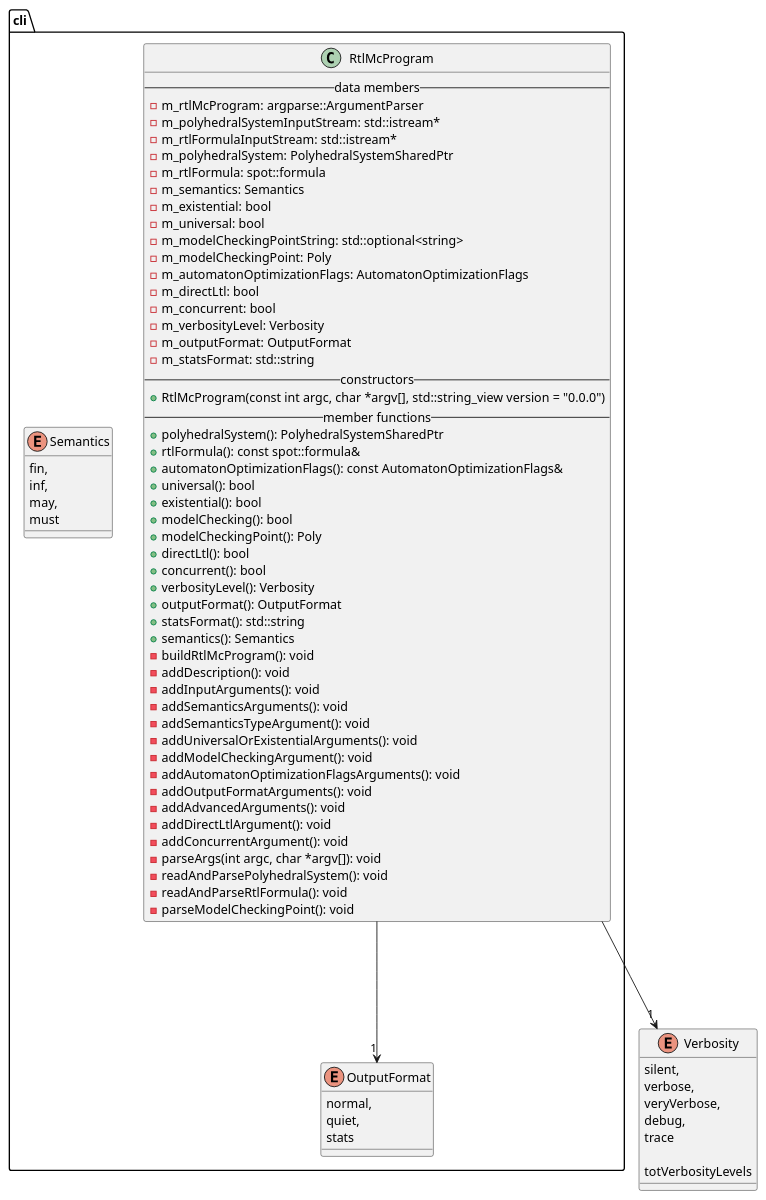
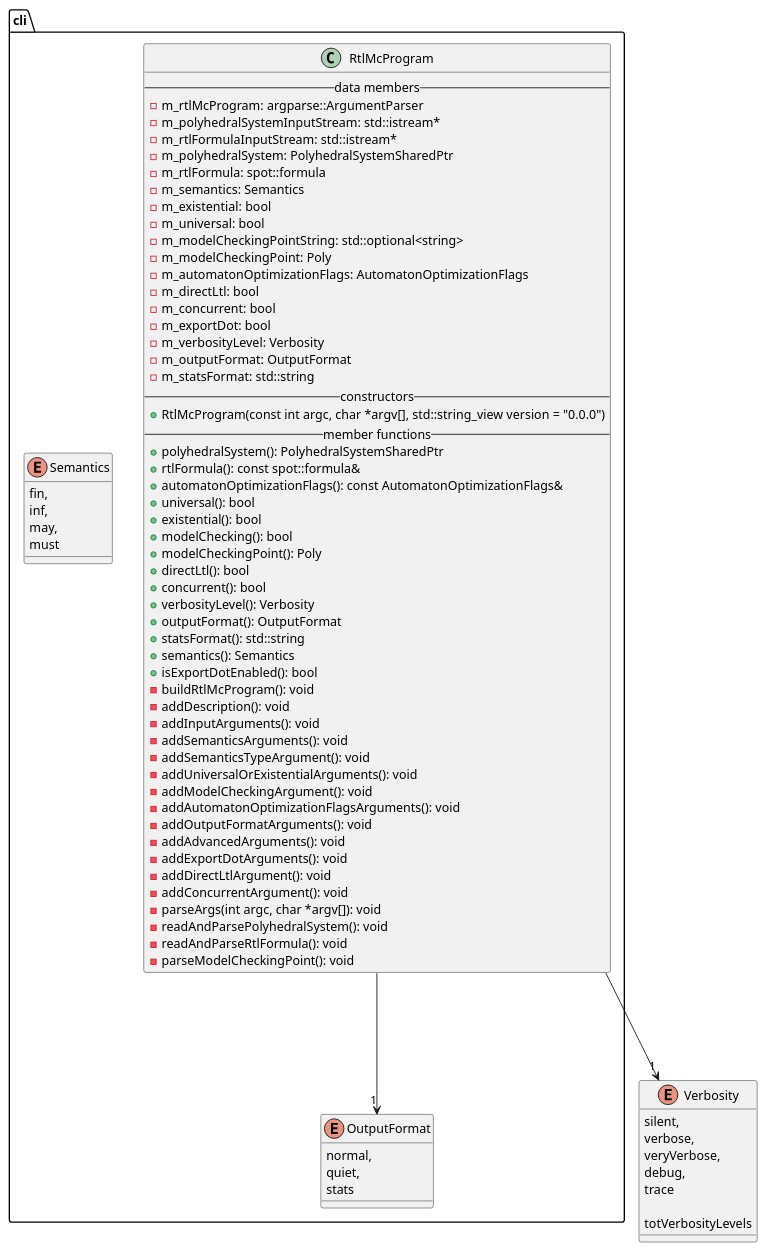
The diagram in docs/plantuml/cli.puml (vtramo/rtl-mc), drawn with PlantUML before and after one commit. The commit also changed 51 other files, not shown here.

Commit message:
feat(cli): add option `--export-dot` to export graph dot files

```diff
--- a/docs/plantuml/cli.puml
+++ b/docs/plantuml/cli.puml
@@ -1,82 +1,85 @@
 @startuml
 
 package cli {
     class RtlMcProgram {
         --data members--
         -m_rtlMcProgram: argparse::ArgumentParser
         -m_polyhedralSystemInputStream: std::istream*
         -m_rtlFormulaInputStream: std::istream*
         -m_polyhedralSystem: PolyhedralSystemSharedPtr
         -m_rtlFormula: spot::formula
         -m_semantics: Semantics
         -m_existential: bool
         -m_universal: bool
         -m_modelCheckingPointString: std::optional<string>
         -m_modelCheckingPoint: Poly
         -m_automatonOptimizationFlags: AutomatonOptimizationFlags
         -m_directLtl: bool
         -m_concurrent: bool
+        -m_exportDot: bool
         -m_verbosityLevel: Verbosity
         -m_outputFormat: OutputFormat
         -m_statsFormat: std::string
         --constructors--
         +RtlMcProgram(const int argc, char *argv[], std::string_view version = "0.0.0")
         --member functions--
         +polyhedralSystem(): PolyhedralSystemSharedPtr
         +rtlFormula(): const spot::formula&
         +automatonOptimizationFlags(): const AutomatonOptimizationFlags&
         +universal(): bool
         +existential(): bool
         +modelChecking(): bool
         +modelCheckingPoint(): Poly
         +directLtl(): bool
         +concurrent(): bool
         +verbosityLevel(): Verbosity
         +outputFormat(): OutputFormat
         +statsFormat(): std::string
         +semantics(): Semantics
+        +isExportDotEnabled(): bool
         -buildRtlMcProgram(): void
         -addDescription(): void
         -addInputArguments(): void
         -addSemanticsArguments(): void
         -addSemanticsTypeArgument(): void
         -addUniversalOrExistentialArguments(): void
         -addModelCheckingArgument(): void
         -addAutomatonOptimizationFlagsArguments(): void
         -addOutputFormatArguments(): void
         -addAdvancedArguments(): void
+        -addExportDotArguments(): void
         -addDirectLtlArgument(): void
         -addConcurrentArgument(): void
         -parseArgs(int argc, char *argv[]): void
         -readAndParsePolyhedralSystem(): void
         -readAndParseRtlFormula(): void
         -parseModelCheckingPoint(): void
     }
 
     enum Semantics {
         fin,
         inf,
         may,
         must
     }
 
     enum OutputFormat {
         normal,
         quiet,
         stats
     }
 }
 
 enum Verbosity {
     silent,
     verbose,
     veryVerbose,
     debug,
     trace
 
     totVerbosityLevels
 }
 RtlMcProgram ---> "1" Verbosity
 RtlMcProgram ---> "1" OutputFormat
 
 @enduml
```
